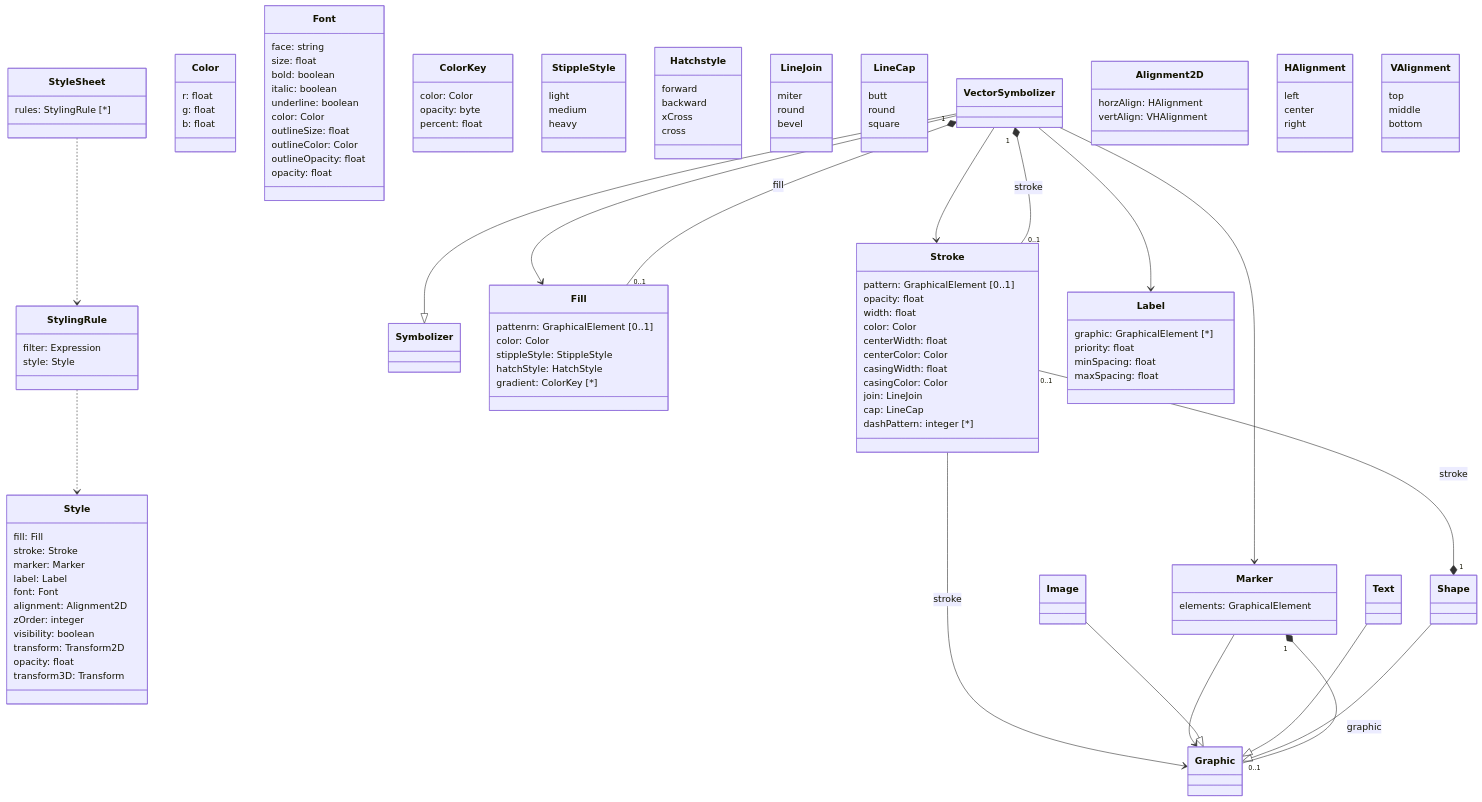
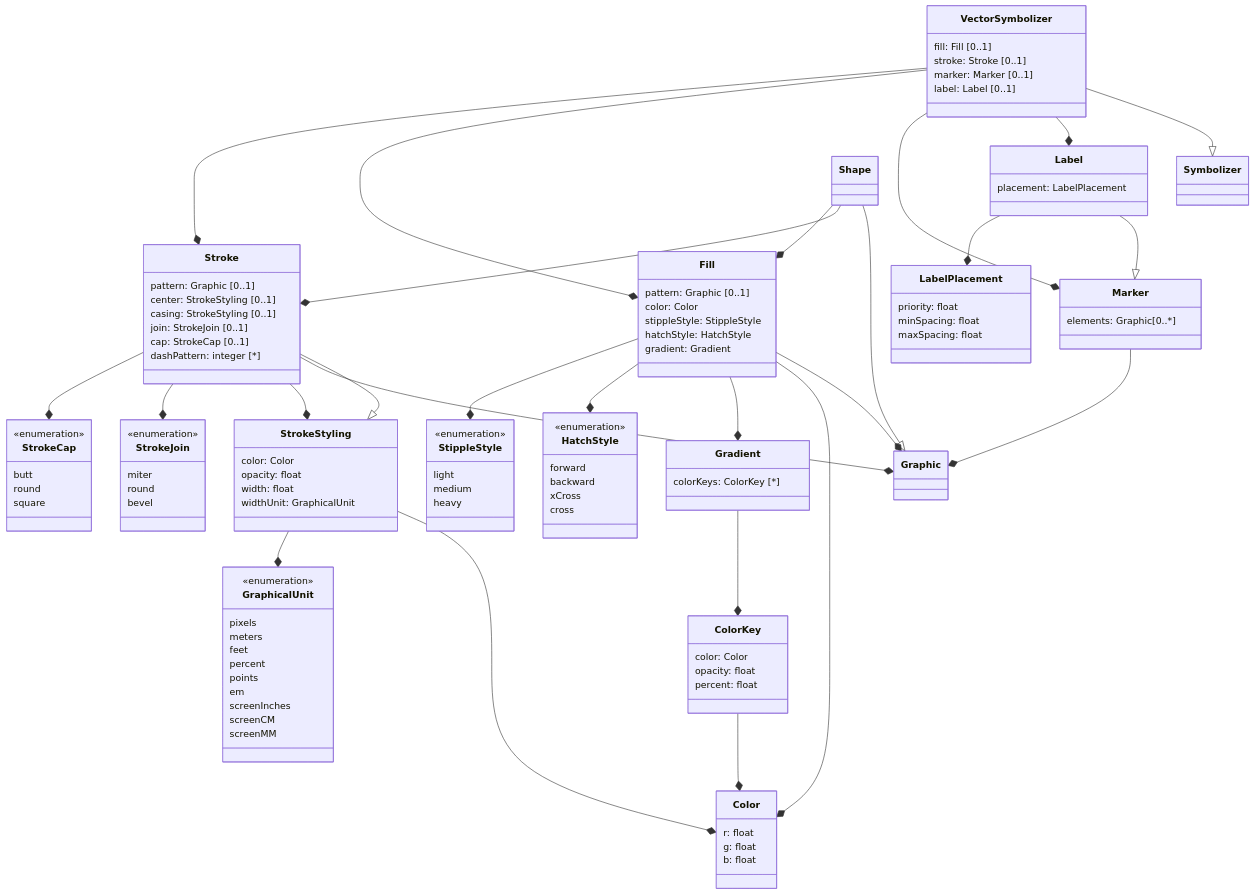
One commit to opengeospatial/styles-and-symbology changed the diagram in core/UML/mermaid/vector_features_symbolizer.md. Above: the diagram before and after it, drawn with Mermaid. The commit also changed 2 other files, not shown here.

Commit message:
UML/2DGraphics; VectorFeaturesSymbolizer: Fixes and improvements

````diff
--- a/core/UML/mermaid/vector_features_symbolizer.md
+++ b/core/UML/mermaid/vector_features_symbolizer.md
@@ -3,137 +3,126 @@
 ```mermaid
   classDiagram
   %% Class definition
-    class Style {
-      fill: Fill
-      stroke: Stroke
-      marker: Marker
-      label: Label
-      font: Font
-      alignment: Alignment2D
-      zOrder: integer
-      visibility: boolean
-      transform: Transform2D
-      opacity: float
-      transform3D: Transform
+    %% Note: Symbolizer, StylingRule and Style are defined in core.md
+    class Symbolizer
+    class VectorSymbolizer {
+      fill: Fill [0..1]
+      stroke: Stroke [0..1]
+      marker: Marker [0..1]
+      label: Label [0..1]
     }
-    class StylingRule {
-      filter: Expression
-      style: Style
-    }
-    class StyleSheet {
-      rules: StylingRule [*]
-    }
+
     class Color {
       r: float
       g: float
       b: float
     }
-    class Font {
-      face: string
-      size: float
-      bold: boolean
-      italic: boolean
-      underline: boolean
-      color: Color
-      outlineSize: float
-      outlineColor: Color
-      outlineOpacity: float
-      opacity: float
+    class Gradient {
+        colorKeys: ColorKey [*]
     }
-    class Color
     class ColorKey {
       color: Color
-      opacity: byte
+      opacity: float
       percent: float
     }
     class StippleStyle {
+      <<enumeration>>
       light
       medium
       heavy
     }
-    class Hatchstyle {
+    class HatchStyle {
+      <<enumeration>>
       forward
       backward
       xCross
       cross
     }
-    class LineJoin {
+    class StrokeJoin {
+      <<enumeration>>
       miter
       round
       bevel
     }
-    class LineCap {
+    class StrokeCap {
+      <<enumeration>>
       butt
       round
       square
     }
-    class Marker {
-      elements: GraphicalElement
-    }
-    class Symbolizer
-    class VectorSymbolizer
     class Fill {
-      pattenrn: GraphicalElement [0..1] 
+      pattern: Graphic [0..1]
       color: Color
       stippleStyle: StippleStyle
       hatchStyle: HatchStyle
-      gradient: ColorKey [*] 
+      gradient: Gradient
     }
-    class Alignment2D {
-      horzAlign: HAlignment
-      vertAlign: VHAlignment 
+    class GraphicalUnit {
+       <<enumeration>>
+       pixels
+       meters
+       feet
+       percent
+       points
+       em
+       screenInches
+       screenCM
+       screenMM
     }
-    class HAlignment {
-      left
-      center
-      right
-    }
-        class VAlignment {
-      top
-      middle
-      bottom
+    class StrokeStyling {
+       color: Color
+       opacity: float
+       width: float
+       widthUnit: GraphicalUnit
     }
     class Stroke {
-      pattern: GraphicalElement [0..1]
-      opacity: float
-      width: float
-      color: Color
-      centerWidth: float
-      centerColor: Color
-      casingWidth: float
-      casingColor: Color
-      join: LineJoin
-      cap: LineCap
-      dashPattern: integer [*]  
+      pattern: Graphic [0..1]
+      center: StrokeStyling [0..1]
+      casing: StrokeStyling [0..1]
+      join: StrokeJoin [0..1]
+      cap: StrokeCap [0..1]
+      dashPattern: integer [*]
     }
-    class Label {
-      graphic: GraphicalElement [*]
+    class Marker {
+      elements: Graphic[0..*]
+    }
+    class LabelPlacement {
       priority: float
       minSpacing: float
       maxSpacing: float
     }
+    class Label {
+      placement: LabelPlacement
+    }
     class Graphic
-    class Image
-    class Text
     class Shape
   %% Relations
   %% Association
-    VectorSymbolizer --> Fill
-    VectorSymbolizer --> Stroke
-    VectorSymbolizer --> Label
-    VectorSymbolizer --> Marker
-    Stroke --> Graphic : stroke
-    Marker --> Graphic
-    StyleSheet ..> StylingRule
-    StylingRule ..> Style
   %% Inheritance
+    Stroke --|> StrokeStyling
     VectorSymbolizer --|> Symbolizer
-    Image --|> Graphic
-    Text --|> Graphic
+    Label --|> Marker
     Shape --|> Graphic
   %% Composition
-    Fill "0..1" --* "1" VectorSymbolizer : fill
-    Stroke "0..1" --* "1" VectorSymbolizer : stroke
-    Graphic "0..1" --* "1" Marker : graphic
-    Stroke "0..1" --* "1" Shape : stroke
+    StrokeStyling --* Color
+    StrokeStyling --* GraphicalUnit
+    VectorSymbolizer --* Label
+    VectorSymbolizer --* Marker
+    VectorSymbolizer --* Fill
+    VectorSymbolizer --* Stroke
+    ColorKey --* Color
+    Gradient --* ColorKey
+    Marker --* Graphic
+    Stroke --* Graphic
+    Stroke --* StrokeStyling
+    Stroke --* StrokeJoin
+    Stroke --* StrokeCap
+    Fill --* Graphic
+    Fill --* Color
+    Fill --* Gradient
+    Fill --* HatchStyle
+    Fill --* StippleStyle
+    Label --* LabelPlacement
+    Shape --* Stroke
+    Shape --* Fill
 ```
````
